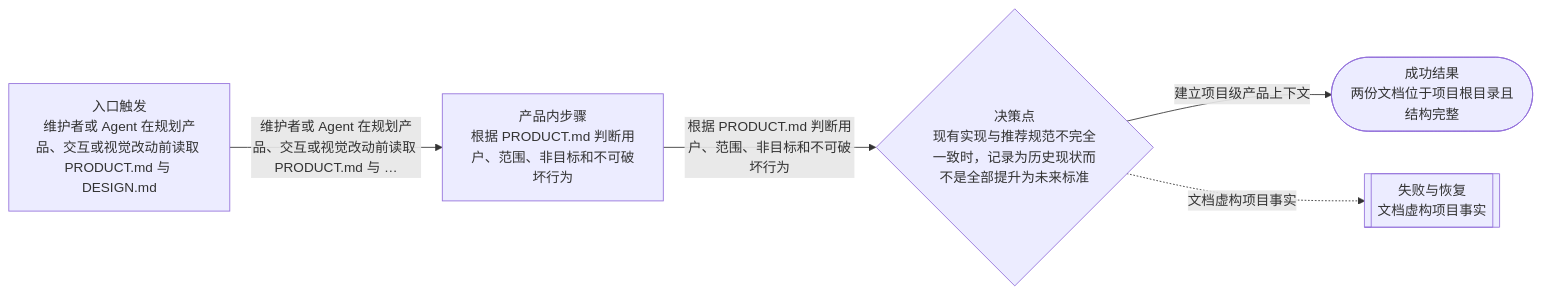
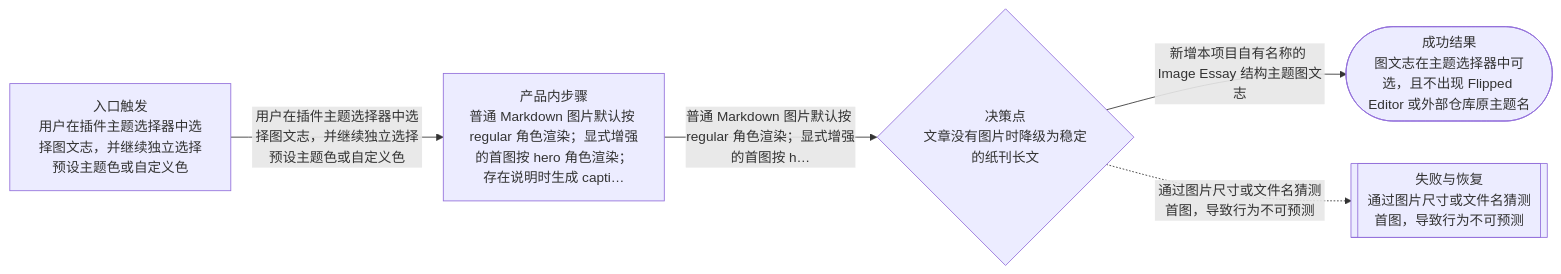
The diagram in .openprd/engagements/active/flows.md (DavidLam-oss/obsidian-wechat-converter), drawn with Mermaid before and after one commit. The commit also changed other lines of this file and 58 other files, not shown here.

````diff
--- a/.openprd/engagements/active/flows.md
+++ b/.openprd/engagements/active/flows.md
@@ -11,12 +11,12 @@
 ```mermaid
 flowchart LR
-  entry["入口触发<br/>维护者或 Agent 在规划产品、交互或视觉改动前读取 PRODUCT.md 与 DESIGN.md"]
-  experience["产品内步骤<br/>根据 PRODUCT.md 判断用户、范围、非目标和不可破坏行为"]
-  decision{"决策点<br/>现有实现与推荐规范不完全一致时，记录为历史现状而不是全部提升为未来标准"}
-  success(["成功结果<br/>两份文档位于项目根目录且结构完整"])
-  failure[["失败与恢复<br/>文档虚构项目事实"]]
-  entry -->|"维护者或 Agent 在规划产品、交互或视觉改动前读取 PRODUCT.md 与 …"| experience
-  experience -->|"根据 PRODUCT.md 判断用户、范围、非目标和不可破坏行为"| decision
-  decision -->|"建立项目级产品上下文"| success
-  decision -.->|"文档虚构项目事实"| failure
+  entry["入口触发<br/>用户在插件主题选择器中选择图文志，并继续独立选择预设主题色或自定义色"]
+  experience["产品内步骤<br/>普通 Markdown 图片默认按 regular 角色渲染；显式增强的首图按 hero 角色渲染；存在说明时生成 capti…"]
+  decision{"决策点<br/>文章没有图片时降级为稳定的纸刊长文"}
+  success(["成功结果<br/>图文志在主题选择器中可选，且不出现 Flipped Editor 或外部仓库原主题名"])
+  failure[["失败与恢复<br/>通过图片尺寸或文件名猜测首图，导致行为不可预测"]]
+  entry -->|"用户在插件主题选择器中选择图文志，并继续独立选择预设主题色或自定义色"| experience
+  experience -->|"普通 Markdown 图片默认按 regular 角色渲染；显式增强的首图按 h…"| decision
+  decision -->|"新增本项目自有名称的 Image Essay 结构主题图文志"| success
+  decision -.->|"通过图片尺寸或文件名猜测首图，导致行为不可预测"| failure
 ```
````
